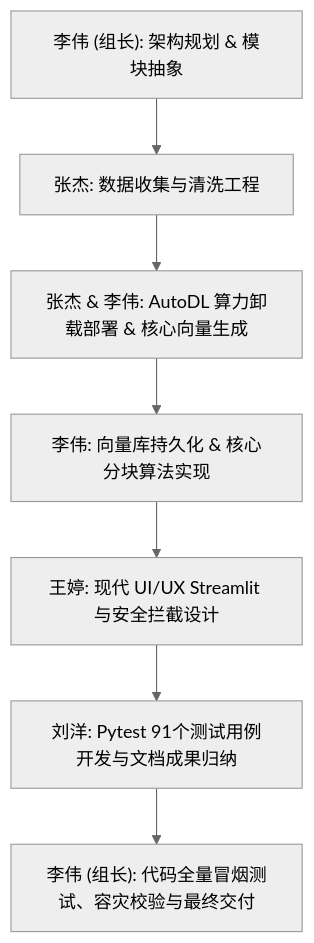
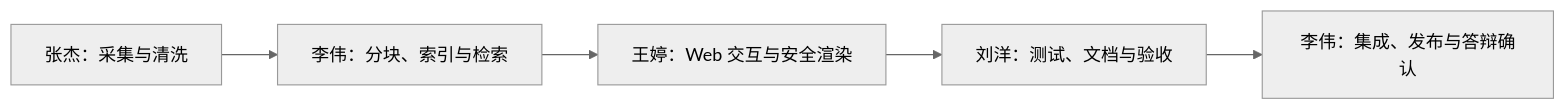
Before and after one commit to liwe123/Date-Analysis-Fanal-Exem: the diagram in final exam2/report/task_division.md, drawn with Mermaid (neutral theme). The commit also changed other lines of this file and 16 other files, not shown here.

````diff
--- a/final exam2/report/task_division.md
+++ b/final exam2/report/task_division.md
@@ -22,9 +31,7 @@
 ```mermaid
-graph TD
-    A["李伟 (组长): 架构规划 & 模块抽象"] --> B["张杰: 数据收集与清洗工程"]
-    B --> C["张杰 & 李伟: AutoDL 算力卸载部署 & 核心向量生成"]
-    C --> D["李伟: 向量库持久化 & 核心分块算法实现"]
-    D --> E["王婷: 现代 UI/UX Streamlit 与安全拦截设计"]
-    E --> F["刘洋: Pytest 91个测试用例开发与文档成果归纳"]
-    F --> G["李伟 (组长): 代码全量冒烟测试、容灾校验与最终交付"]
+flowchart LR
+    A["张杰：采集与清洗"] --> B["李伟：分块、索引与检索"]
+    B --> C["王婷：Web 交互与安全渲染"]
+    C --> D["刘洋：测试、文档与验收"]
+    D --> E["李伟：集成、发布与答辩确认"]
 ```
````
